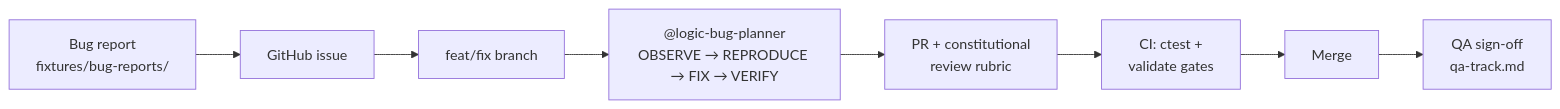
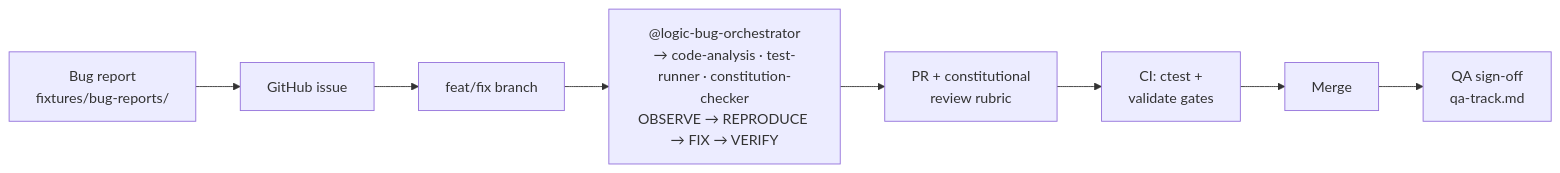
The diagram in sessions/03-logic-bugs/sdlc-walkthrough.md (hlucianojr1/ea-logic-copilot-workshop-code), drawn with Mermaid before and after one commit. The commit also changed other lines of this file and 23 other files, not shown here.

````diff
--- a/sessions/03-logic-bugs/sdlc-walkthrough.md
+++ b/sessions/03-logic-bugs/sdlc-walkthrough.md
@@ -12,10 +12,10 @@
 ```mermaid
 flowchart LR
     A[Bug report\nfixtures/bug-reports/] --> B[GitHub issue]
     B --> C[feat/fix branch]
-    C --> D["@logic-bug-planner\nOBSERVE → REPRODUCE → FIX → VERIFY"]
+    C --> D["@logic-bug-orchestrator\n→ code-analysis · test-runner · constitution-checker\nOBSERVE → REPRODUCE → FIX → VERIFY"]
     D --> E[PR + constitutional\nreview rubric]
     E --> F[CI: ctest +\nvalidate gates]
     F --> G[Merge]
     G --> H[QA sign-off\nqa-track.md]
 ```
````
